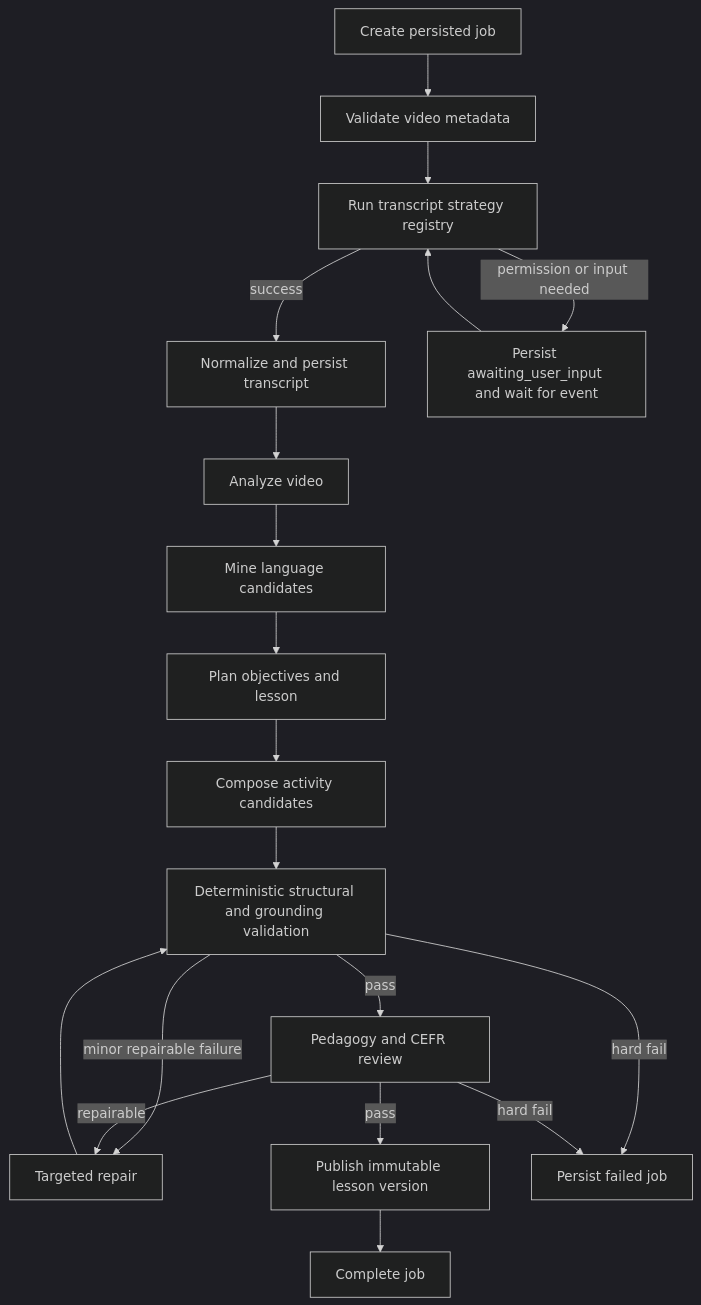
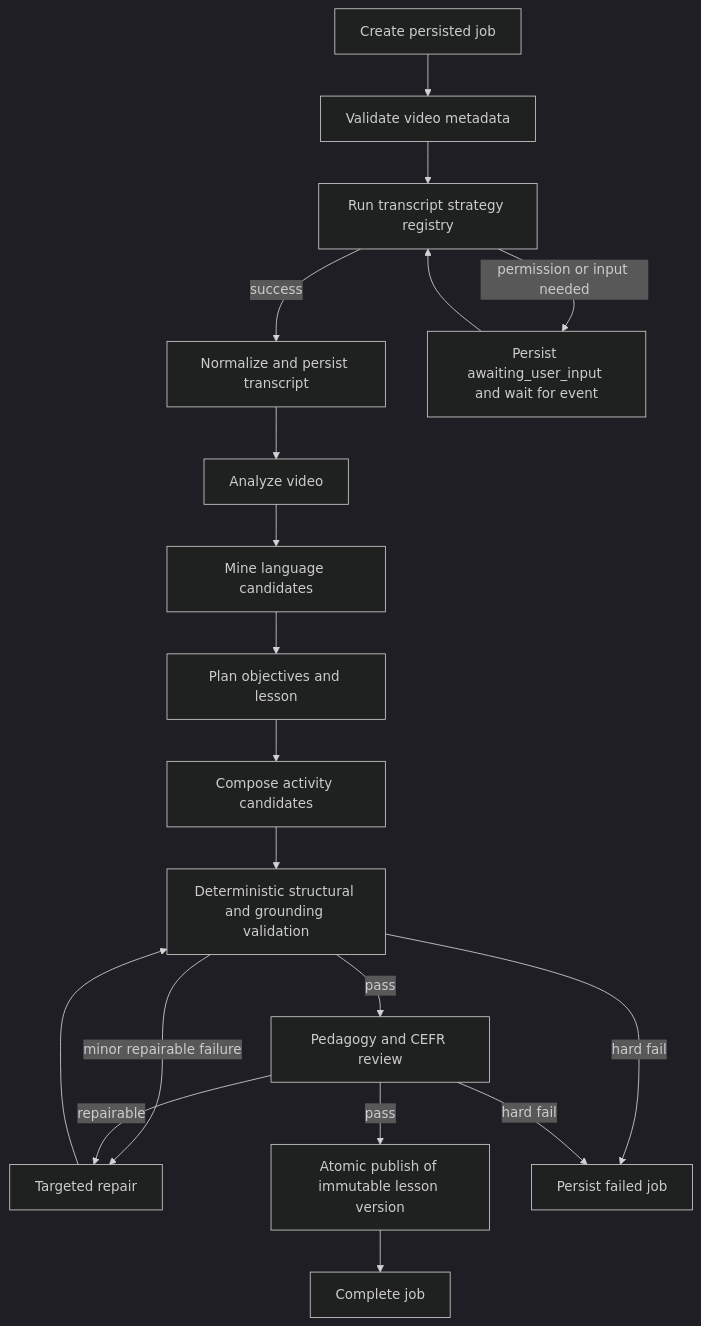
The third of 4 diagrams in _bmad-output/planning-artifacts/architecture/architecture-vidlish-2026-08-03/ARCHITECTURE-SPINE.md (Thunderkill016/vidlish), drawn with Mermaid (dark theme) before and after one commit. The commit also changed other lines of this file, not shown here.

Commit message:
docs: finalize Vidlish architecture spine

````diff
--- a/_bmad-output/planning-artifacts/architecture/architecture-vidlish-2026-08-03/ARCHITECTURE-SPINE.md
+++ b/_bmad-output/planning-artifacts/architecture/architecture-vidlish-2026-08-03/ARCHITECTURE-SPINE.md
@@ -377,21 +384,21 @@
 ```mermaid
 flowchart TD
   A[Create persisted job] --> B[Validate video metadata]
   B --> C[Run transcript strategy registry]
   C -->|success| D[Normalize and persist transcript]
   C -->|permission or input needed| W[Persist awaiting_user_input and wait for event]
   W --> C
   D --> E[Analyze video]
   E --> F[Mine language candidates]
   F --> G[Plan objectives and lesson]
   G --> H[Compose activity candidates]
   H --> I[Deterministic structural and grounding validation]
   I -->|minor repairable failure| J[Targeted repair]
   J --> I
   I -->|pass| K[Pedagogy and CEFR review]
-  K -->|pass| L[Publish immutable lesson version]
+  K -->|pass| L[Atomic publish of immutable lesson version]
   K -->|repairable| J
   I -->|hard fail| X[Persist failed job]
   K -->|hard fail| X
   L --> Z[Complete job]
 ```
````
